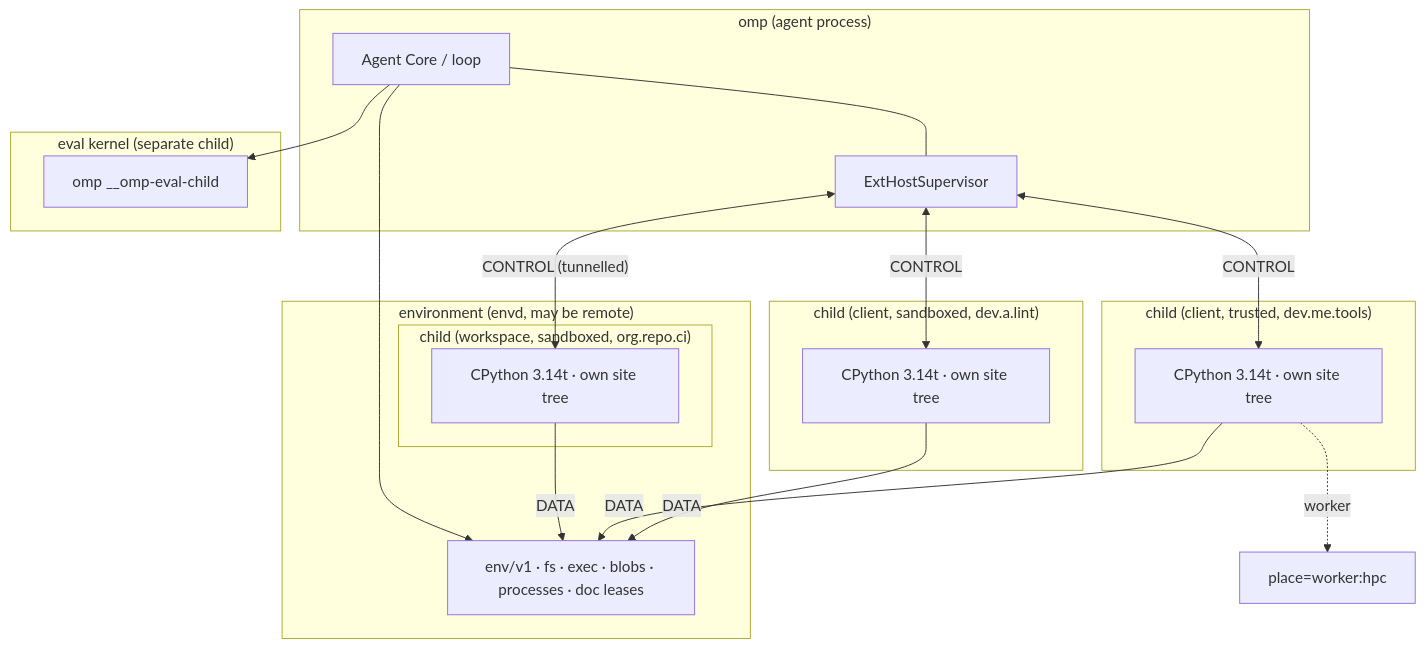
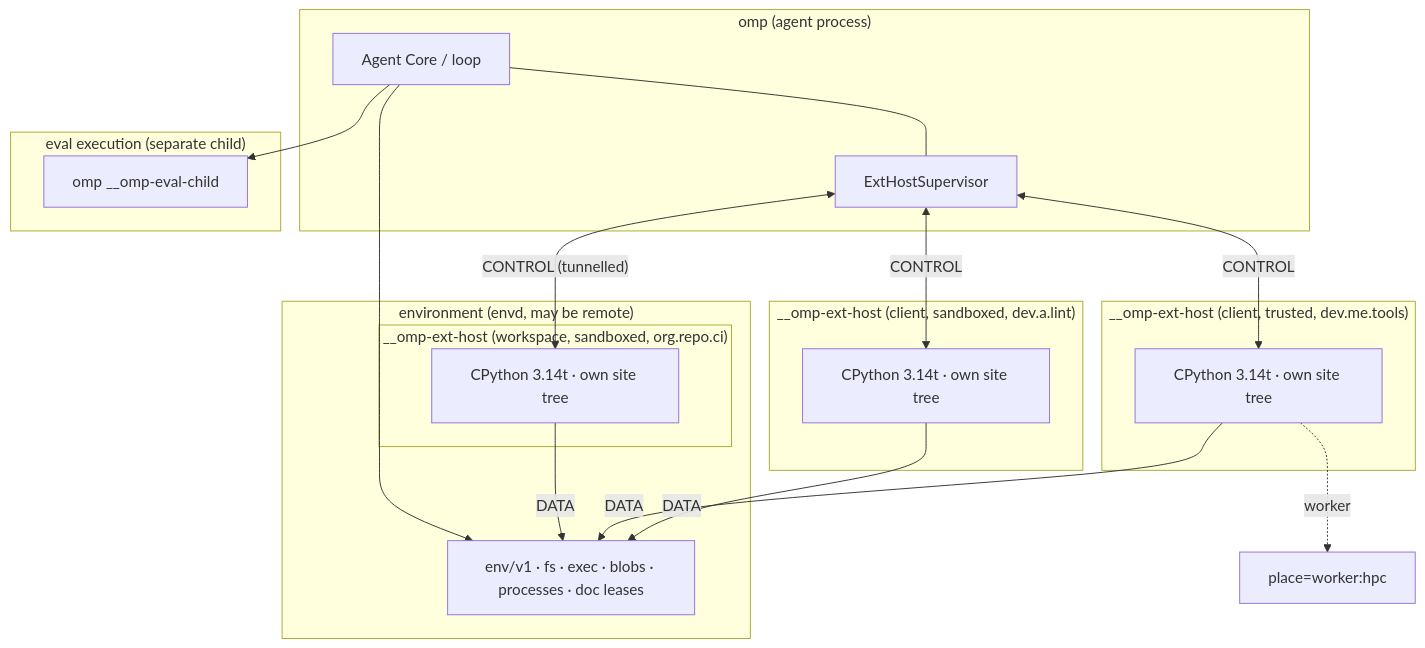
Before and after one commit to navidRashik/oh-my-pi: the diagram in docs/py/00-overview.md, drawn with Mermaid. The commit also changed other lines of this file and 1847 other files, not shown here.

````diff
--- a/docs/py/00-overview.md
+++ b/docs/py/00-overview.md
@@ -42,37 +42,37 @@
 ```mermaid
 flowchart TB
     subgraph Agent["omp (agent process)"]
         LOOP["Agent Core / loop"]
         SUP["ExtHostSupervisor"]
         LOOP --- SUP
     end
 
-    subgraph HC1["child (client, sandboxed, dev.a.lint)"]
+    subgraph HC1["__omp-ext-host (client, sandboxed, dev.a.lint)"]
         PY1["CPython 3.14t · own site tree"]
     end
 
-    subgraph HC2["child (client, trusted, dev.me.tools)"]
+    subgraph HC2["__omp-ext-host (client, trusted, dev.me.tools)"]
         PY2["CPython 3.14t · own site tree"]
     end
 
     subgraph Envd["environment (envd, may be remote)"]
         ENV["env/v1 · fs · exec · blobs · processes · doc leases"]
-        subgraph HC3["child (workspace, sandboxed, org.repo.ci)"]
+        subgraph HC3["__omp-ext-host (workspace, sandboxed, org.repo.ci)"]
             PY3["CPython 3.14t · own site tree"]
         end
     end
 
-    subgraph Eval["eval kernel (separate child)"]
+    subgraph Eval["eval execution (separate child)"]
         K["omp __omp-eval-child"]
     end
 
     SUP <-->|CONTROL| PY1
     SUP <-->|CONTROL| PY2
     SUP <-->|"CONTROL (tunnelled)"| PY3
     PY1 -->|DATA| ENV
     PY2 -->|DATA| ENV
     PY3 -->|DATA| ENV
     LOOP --> ENV
     LOOP --> K
     PY2 -.->|worker| W1["place=worker:hpc"]
 ```
````
